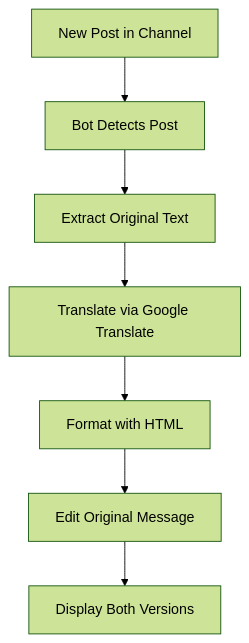
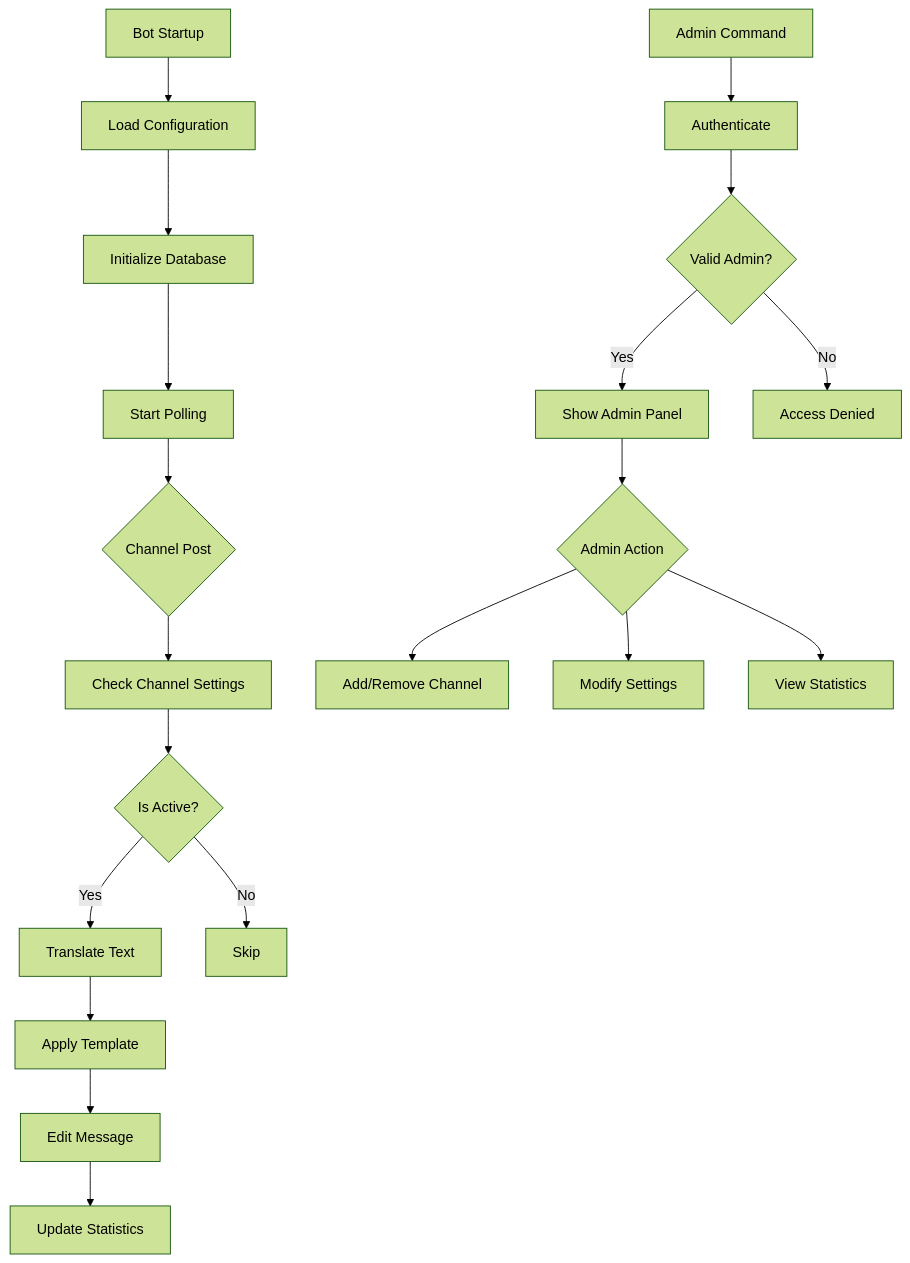
The first of 2 diagrams in README.md (kisyufka/Telegram-Channel-Auto-Translator), drawn with Mermaid (forest theme) before and after one commit. The commit also changed other lines of this file, not shown here.

````diff
--- a/README.md
+++ b/README.md
@@ -92,9 +113,26 @@
 ```mermaid
 graph TD
-    A[New Post in Channel] --> B[Bot Detects Post]
-    B --> C[Extract Original Text]
-    C --> D[Translate via Google Translate]
-    D --> E[Format with HTML]
-    E --> F[Edit Original Message]
-    F --> G[Display Both Versions]
+    A[Bot Startup] --> B[Load Configuration]
+    B --> C[Initialize Database]
+    C --> D[Start Polling]
+    
+    D --> E{Channel Post}
+    E --> F[Check Channel Settings]
+    F --> G{Is Active?}
+    G -->|Yes| H[Translate Text]
+    G -->|No| I[Skip]
+    
+    H --> J[Apply Template]
+    J --> K[Edit Message]
+    K --> L[Update Statistics]
+    
+    M[Admin Command] --> N[Authenticate]
+    N --> O{Valid Admin?}
+    O -->|Yes| P[Show Admin Panel]
+    O -->|No| Q[Access Denied]
+    
+    P --> R{Admin Action}
+    R --> S[Add/Remove Channel]
+    R --> T[Modify Settings]
+    R --> U[View Statistics]
 ```
````
